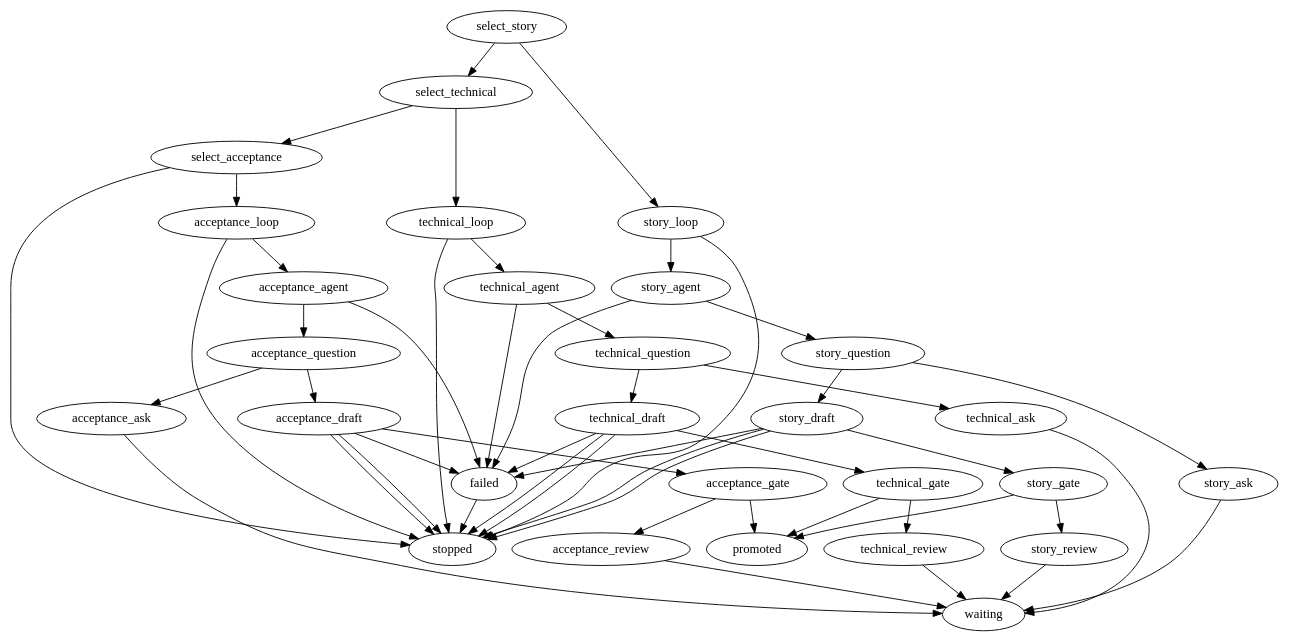
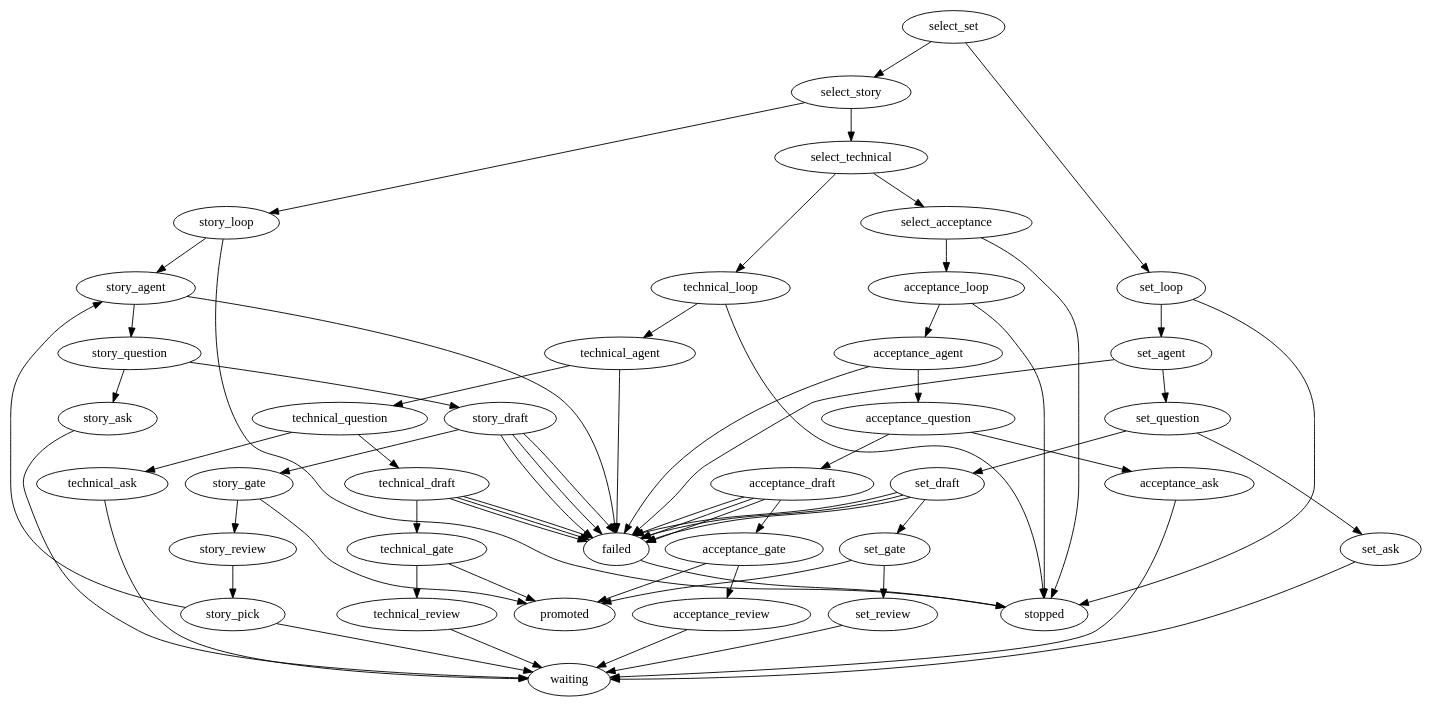
One commit to marioatcloudvane/litefactory changed the diagram in teams/source/plan/plan.dot. Above: the diagram before and after it, drawn with Graphviz. The commit also changed 105 other files, not shown here.

```diff
--- a/teams/source/plan/plan.dot
+++ b/teams/source/plan/plan.dot
@@ -1,82 +1,113 @@
 // Factory policy supplies stage selection and approval as closed response values from retained authenticated state.
 // Review-ready is never approval. Each wait is durable; exhaustion is resumable stopped.
+// Every failing outcome of a story effect (conflict, uncertain, failed) reaches the one failure comment, so the owner is always told the cause and how to retry.
+// The set stage comes first: it proposes the story set and waits on the parent for the owner to promote it. A session that already has stories skips it, because the stage decision is false.
+// After promotion the story stage is a bounded creation cycle: story_pick freshly selects the next promoted story that has no draft, story_agent drafts it, and its review is published before the next pick. A pick that finds none ends the cycle at the durable owner waits.
+// The cycle nodes carry lf_limit="13": twelve stories in a set plus one owner-requested revision pass.
 digraph plan {
- graph [team="builtin", mode="plan", profile_version="1", start="select_story"];
+ graph [team="builtin", mode="plan", profile_version="1", start="select_set"];
+ select_set [lf_action="lf_if", lf_outcomes="true,false", lf_field="response", lf_condition="set", lf_limit="24"];
+ select_set -> set_loop [lf_on="true"];
+ select_set -> select_story [lf_on="false"];
  select_story [lf_action="lf_if", lf_outcomes="true,false", lf_field="response", lf_condition="story", lf_limit="24"];
  select_technical [lf_action="lf_if", lf_outcomes="true,false", lf_field="response", lf_condition="technical", lf_limit="24"];
  select_story -> story_loop [lf_on="true"];
  select_story -> select_technical [lf_on="false"];
  select_technical -> technical_loop [lf_on="true"];
  select_technical -> select_acceptance [lf_on="false"];
  select_acceptance [lf_action="lf_if", lf_outcomes="true,false", lf_field="response", lf_condition="acceptance", lf_limit="24"];
  select_acceptance -> acceptance_loop [lf_on="true"];
  select_acceptance -> stopped [lf_on="false"];
+ set_loop [lf_action="lf_loop", lf_outcomes="true,false", lf_field="response", lf_condition="set", lf_limit="8"];
+ set_agent [lf_action="lf_agent", lf_outcomes="success,failed", lf_agent_markdown="plan-set", lf_skills="plan-story-set", lf_limit="8"];
+ set_question [lf_action="lf_if", lf_outcomes="true,false", lf_field="response", lf_condition="ask", lf_source="set_agent", lf_limit="8"];
+ set_draft [lf_action="lf_plan_story", lf_source="set_agent", lf_outcomes="applied,conflict,failed,uncertain", lf_limit="8"];
+ set_gate [lf_action="lf_if", lf_outcomes="true,false", lf_field="response", lf_condition="approved", lf_limit="8"];
+ set_ask [lf_action="lf_ask", lf_outcomes="published", lf_kind="question", lf_source="set_agent", lf_limit="8"];
+ set_review [lf_action="lf_ask", lf_outcomes="published", lf_kind="review", lf_source="set_agent", lf_limit="8"];
+ set_loop -> set_agent [lf_on="true"];
+ set_loop -> stopped [lf_on="false"];
+ set_agent -> set_question [lf_on="success"];
+ set_agent -> failed [lf_on="failed"];
+ set_question -> set_ask [lf_on="true"];
+ set_question -> set_draft [lf_on="false"];
+ set_draft -> set_gate [lf_on="applied"];
+ set_draft -> failed [lf_on="conflict"];
+ set_draft -> failed [lf_on="failed"];
+ set_draft -> failed [lf_on="uncertain"];
+ set_gate -> promoted [lf_on="true"];
+ set_gate -> set_review [lf_on="false"];
+ set_ask -> waiting [lf_on="published"];
+ set_review -> waiting [lf_on="published"];
  story_loop [lf_action="lf_loop", lf_outcomes="true,false", lf_field="response", lf_condition="story", lf_limit="8"];
- story_agent [lf_action="lf_agent", lf_outcomes="success,failed", lf_agent_markdown="plan-story", lf_skills="plan-story-shaping", lf_limit="8"];
- story_question [lf_action="lf_if", lf_outcomes="true,false", lf_field="response", lf_condition="ask", lf_source="story_agent", lf_limit="8"];
- story_draft [lf_action="lf_plan_story", lf_source="story_agent", lf_outcomes="applied,conflict,failed,uncertain", lf_limit="8"];
- story_gate [lf_action="lf_if", lf_outcomes="true,false", lf_field="response", lf_condition="approved", lf_limit="8"];
+ story_pick [lf_action="lf_loop", lf_outcomes="true,false", lf_field="response", lf_condition="create", lf_limit="13"];
+ story_agent [lf_action="lf_agent", lf_outcomes="success,failed", lf_agent_markdown="plan-story", lf_skills="plan-story-shaping", lf_limit="13"];
+ story_question [lf_action="lf_if", lf_outcomes="true,false", lf_field="response", lf_condition="ask", lf_source="story_agent", lf_limit="13"];
+ story_draft [lf_action="lf_plan_story", lf_source="story_agent", lf_outcomes="applied,conflict,failed,uncertain", lf_limit="13"];
+ story_gate [lf_action="lf_if", lf_outcomes="true,false", lf_field="response", lf_condition="approved", lf_limit="13"];
  story_ask [lf_action="lf_ask", lf_outcomes="published", lf_kind="question", lf_source="story_agent", lf_limit="8"];
- story_review [lf_action="lf_ask", lf_outcomes="published", lf_kind="review", lf_source="story_agent", lf_limit="8"];
+ story_review [lf_action="lf_ask", lf_outcomes="published", lf_kind="review", lf_source="story_agent", lf_limit="13"];
  story_loop -> story_agent [lf_on="true"];
  story_loop -> stopped [lf_on="false"];
  story_agent -> story_question [lf_on="success"];
  story_agent -> failed [lf_on="failed"];
  story_question -> story_ask [lf_on="true"];
  story_question -> story_draft [lf_on="false"];
  story_draft -> story_gate [lf_on="applied"];
- story_draft -> stopped [lf_on="conflict"];
+ story_draft -> failed [lf_on="conflict"];
  story_draft -> failed [lf_on="failed"];
- story_draft -> stopped [lf_on="uncertain"];
+ story_draft -> failed [lf_on="uncertain"];
  story_gate -> promoted [lf_on="true"];
  story_gate -> story_review [lf_on="false"];
  story_ask -> waiting [lf_on="published"];
- story_review -> waiting [lf_on="published"];
+ story_review -> story_pick [lf_on="published"];
+ story_pick -> story_agent [lf_on="true"];
+ story_pick -> waiting [lf_on="false"];
  technical_loop [lf_action="lf_loop", lf_outcomes="true,false", lf_field="response", lf_condition="technical", lf_limit="8"];
  technical_agent [lf_action="lf_agent", lf_outcomes="success,failed", lf_agent_markdown="plan-technical", lf_skills="plan-technical-shaping", lf_limit="8"];
  technical_question [lf_action="lf_if", lf_outcomes="true,false", lf_field="response", lf_condition="ask", lf_source="technical_agent", lf_limit="8"];
  technical_draft [lf_action="lf_plan_story", lf_source="technical_agent", lf_outcomes="applied,conflict,failed,uncertain", lf_limit="8"];
  technical_gate [lf_action="lf_if", lf_outcomes="true,false", lf_field="response", lf_condition="approved", lf_limit="8"];
  technical_ask [lf_action="lf_ask", lf_outcomes="published", lf_kind="question", lf_source="technical_agent", lf_limit="8"];
  technical_review [lf_action="lf_ask", lf_outcomes="published", lf_kind="review", lf_source="technical_agent", lf_limit="8"];
  technical_loop -> technical_agent [lf_on="true"];
  technical_loop -> stopped [lf_on="false"];
  technical_agent -> technical_question [lf_on="success"];
  technical_agent -> failed [lf_on="failed"];
  technical_question -> technical_ask [lf_on="true"];
  technical_question -> technical_draft [lf_on="false"];
  technical_draft -> technical_gate [lf_on="applied"];
- technical_draft -> stopped [lf_on="conflict"];
+ technical_draft -> failed [lf_on="conflict"];
  technical_draft -> failed [lf_on="failed"];
- technical_draft -> stopped [lf_on="uncertain"];
+ technical_draft -> failed [lf_on="uncertain"];
  technical_gate -> promoted [lf_on="true"];
  technical_gate -> technical_review [lf_on="false"];
  technical_ask -> waiting [lf_on="published"];
  technical_review -> waiting [lf_on="published"];
  acceptance_loop [lf_action="lf_loop", lf_outcomes="true,false", lf_field="response", lf_condition="acceptance", lf_limit="8"];
  acceptance_agent [lf_action="lf_agent", lf_outcomes="success,failed", lf_agent_markdown="plan-acceptance", lf_skills="plan-acceptance-shaping", lf_limit="8"];
  acceptance_question [lf_action="lf_if", lf_outcomes="true,false", lf_field="response", lf_condition="ask", lf_source="acceptance_agent", lf_limit="8"];
  acceptance_draft [lf_action="lf_plan_story", lf_source="acceptance_agent", lf_outcomes="applied,conflict,failed,uncertain", lf_limit="8"];
  acceptance_gate [lf_action="lf_if", lf_outcomes="true,false", lf_field="response", lf_condition="approved", lf_limit="8"];
  acceptance_ask [lf_action="lf_ask", lf_outcomes="published", lf_kind="question", lf_source="acceptance_agent", lf_limit="8"];
  acceptance_review [lf_action="lf_ask", lf_outcomes="published", lf_kind="review", lf_source="acceptance_agent", lf_limit="8"];
  acceptance_loop -> acceptance_agent [lf_on="true"];
  acceptance_loop -> stopped [lf_on="false"];
  acceptance_agent -> acceptance_question [lf_on="success"];
  acceptance_agent -> failed [lf_on="failed"];
  acceptance_question -> acceptance_ask [lf_on="true"];
  acceptance_question -> acceptance_draft [lf_on="false"];
  acceptance_draft -> acceptance_gate [lf_on="applied"];
- acceptance_draft -> stopped [lf_on="conflict"];
+ acceptance_draft -> failed [lf_on="conflict"];
  acceptance_draft -> failed [lf_on="failed"];
- acceptance_draft -> stopped [lf_on="uncertain"];
+ acceptance_draft -> failed [lf_on="uncertain"];
  acceptance_gate -> promoted [lf_on="true"];
  acceptance_gate -> acceptance_review [lf_on="false"];
  acceptance_ask -> waiting [lf_on="published"];
  acceptance_review -> waiting [lf_on="published"];
  failed [lf_action="lf_comment", lf_outcomes="published", lf_kind="failure", lf_limit="1"];
  failed -> stopped [lf_on="published"];
  waiting [lf_terminal="true"];
  promoted [lf_terminal="true"];
  stopped [lf_terminal="true"];
 }
```
